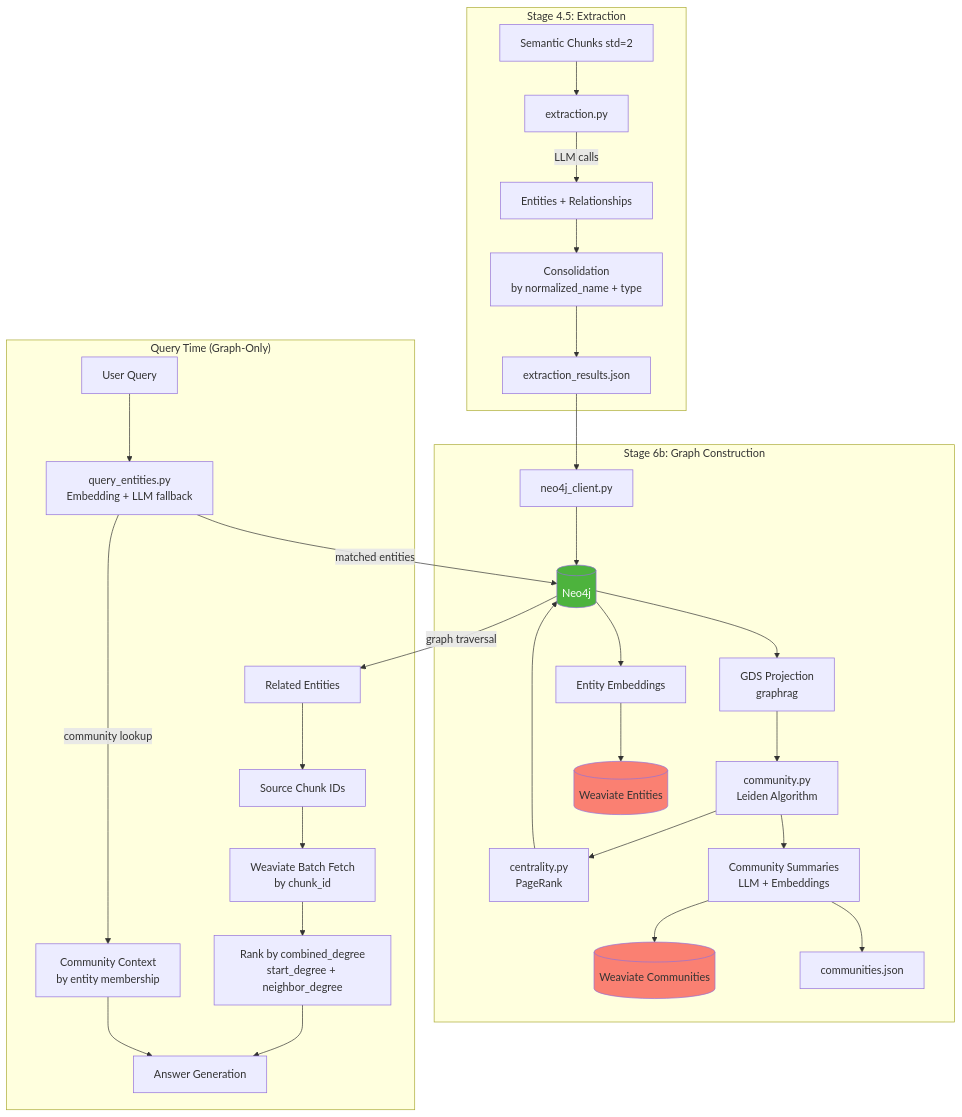
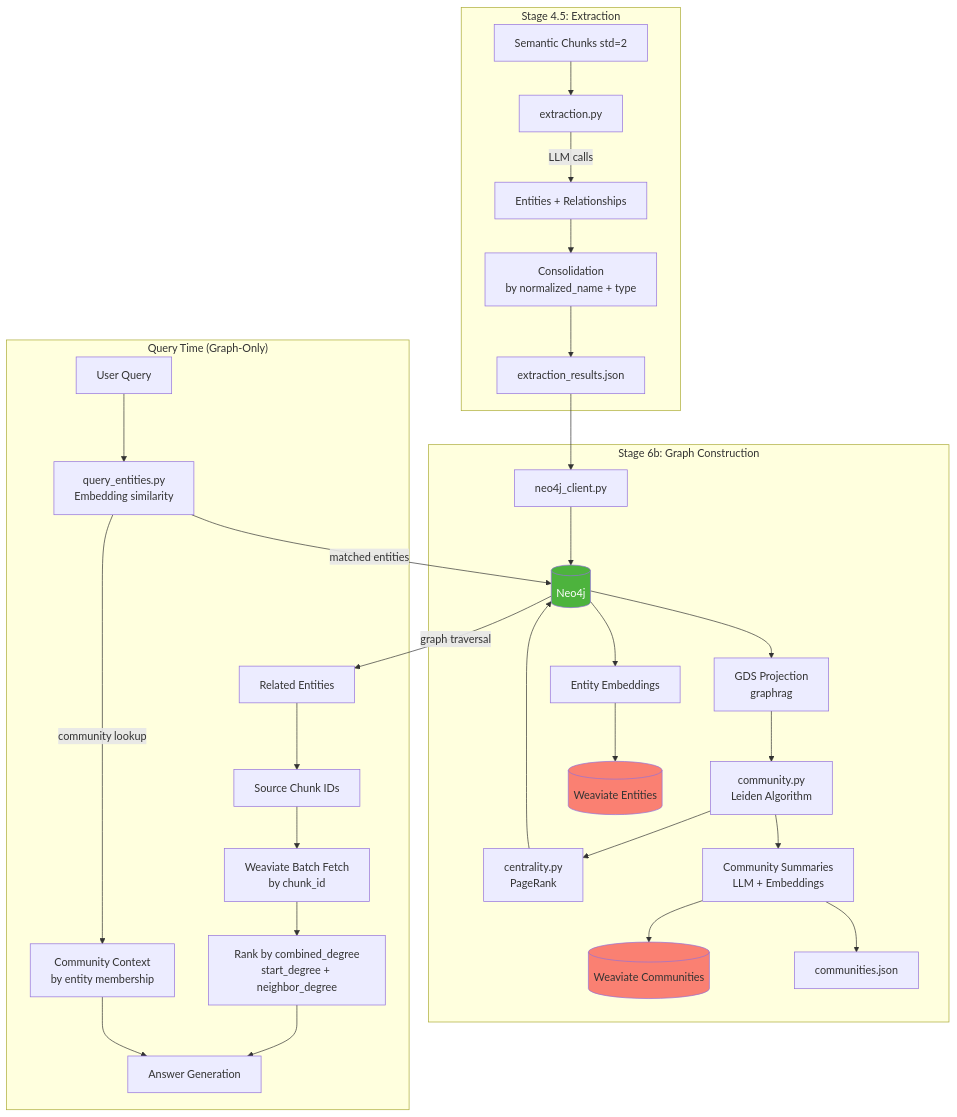
The first of 8 diagrams in memory-bank/graphrag/graphrag_raglab_implementation.md (crlsrmrlsz/raglab), drawn with Mermaid before and after one commit. The commit also changed other lines of this file and 5 other files, not shown here.

First line of the commit message:
refactor(graphrag): remove LLM fallback for entity extraction

````diff
--- a/memory-bank/graphrag/graphrag_raglab_implementation.md
+++ b/memory-bank/graphrag/graphrag_raglab_implementation.md
@@ -34,45 +34,45 @@
 ```mermaid
 flowchart TB
     subgraph Phase1["Stage 4.5: Extraction"]
         CHUNKS["Semantic Chunks std=2"] --> EXTRACT[extraction.py]
         EXTRACT --> |LLM calls| ENTITIES[Entities + Relationships]
         ENTITIES --> CONSOLIDATE[Consolidation<br/>by normalized_name + type]
         CONSOLIDATE --> RESULTS["extraction_results.json"]
     end
 
     subgraph Phase2["Stage 6b: Graph Construction"]
         RESULTS --> UPLOAD[neo4j_client.py]
         UPLOAD --> NEO4J[(Neo4j)]
 
         NEO4J --> GDS[GDS Projection<br/>graphrag]
         GDS --> LEIDEN[community.py<br/>Leiden Algorithm]
         LEIDEN --> PAGERANK[centrality.py<br/>PageRank]
         PAGERANK --> NEO4J
 
         LEIDEN --> SUMMARY[Community Summaries<br/>LLM + Embeddings]
         SUMMARY --> WEAVIATE_COMM[(Weaviate Communities)]
         SUMMARY --> JSON[communities.json]
 
         NEO4J --> ENTITY_EMB[Entity Embeddings]
         ENTITY_EMB --> WEAVIATE_ENT[(Weaviate Entities)]
     end
 
     subgraph Phase3["Query Time (Graph-Only)"]
-        QUERY[User Query] --> ENTITY_EXT[query_entities.py<br/>Embedding + LLM fallback]
+        QUERY[User Query] --> ENTITY_EXT[query_entities.py<br/>Embedding similarity]
         ENTITY_EXT --> |matched entities| NEO4J
         NEO4J --> |graph traversal| NEIGHBORS[Related Entities]
         NEIGHBORS --> CHUNK_IDS[Source Chunk IDs]
 
         CHUNK_IDS --> FETCH[Weaviate Batch Fetch<br/>by chunk_id]
         FETCH --> RANK[Rank by combined_degree<br/>start_degree + neighbor_degree]
 
         ENTITY_EXT --> |community lookup| COMM_CTX[Community Context<br/>by entity membership]
 
         RANK --> GENERATION[Answer Generation]
         COMM_CTX --> GENERATION
     end
 
     style NEO4J fill:#4db33d,color:white
     style WEAVIATE_COMM fill:#fa8072
     style WEAVIATE_ENT fill:#fa8072
 ```
````
